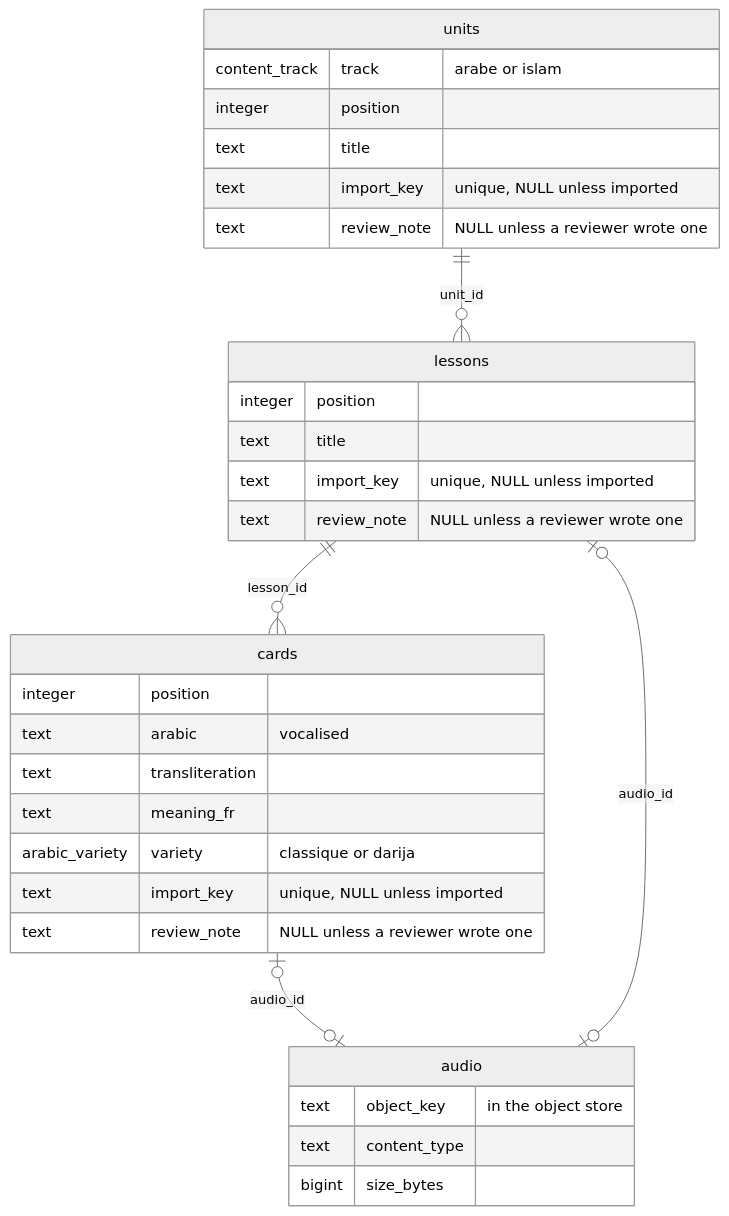
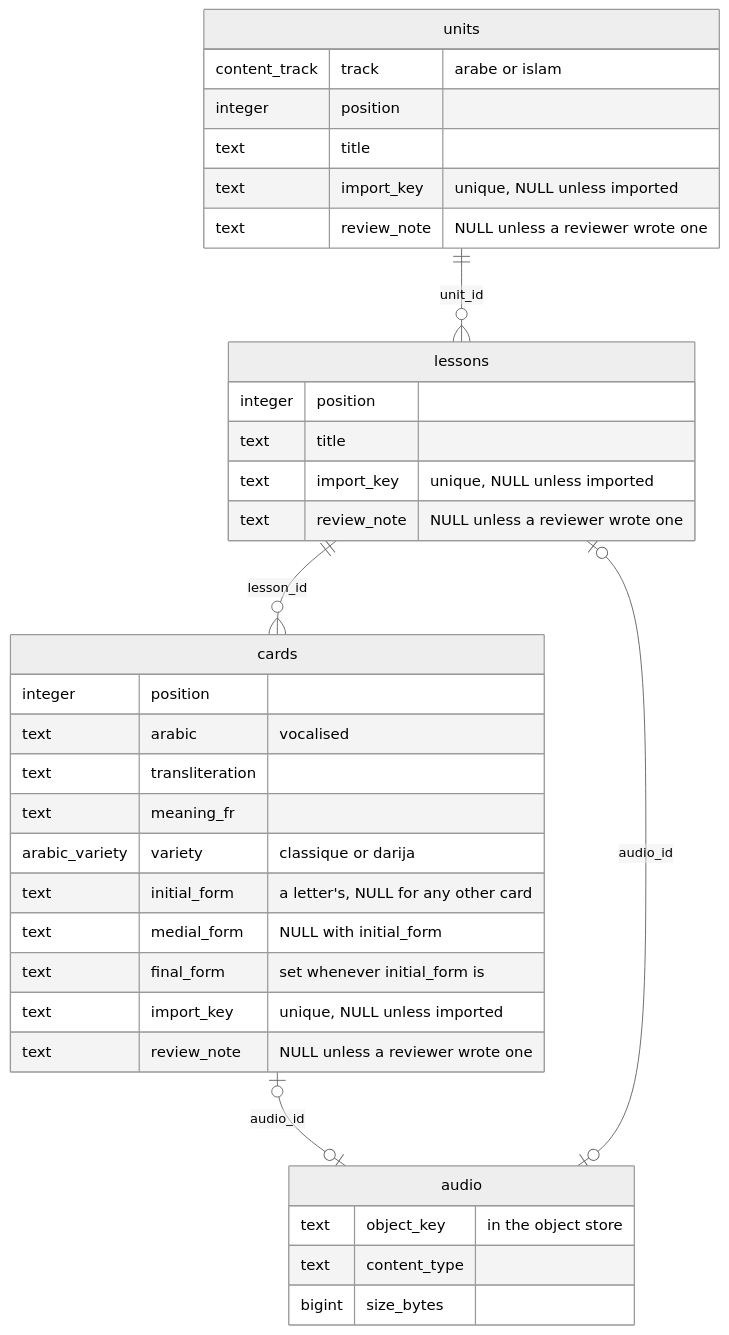
One commit to therealm-tech/convertisseur changed the second of 7 diagrams in ARCHITECTURE.md. Above: the diagram before and after it, drawn with Mermaid (neutral theme). The commit also changed other lines of this file and 31 other files, not shown here.

First line of the commit message:
add the initial, medial and final forms of the letters (#17)

````diff
--- a/ARCHITECTURE.md
+++ b/ARCHITECTURE.md
@@ -137,34 +138,37 @@
 ```mermaid
 erDiagram
     units ||--o{ lessons : "unit_id"
     lessons ||--o{ cards : "lesson_id"
     cards |o--o| audio : "audio_id"
     lessons |o--o| audio : "audio_id"
     units {
         content_track track "arabe or islam"
         integer position
         text title
         text import_key "unique, NULL unless imported"
         text review_note "NULL unless a reviewer wrote one"
     }
     lessons {
         integer position
         text title
         text import_key "unique, NULL unless imported"
         text review_note "NULL unless a reviewer wrote one"
     }
     cards {
         integer position
         text arabic "vocalised"
         text transliteration
         text meaning_fr
         arabic_variety variety "classique or darija"
+        text initial_form "a letter's, NULL for any other card"
+        text medial_form "NULL with initial_form"
+        text final_form "set whenever initial_form is"
         text import_key "unique, NULL unless imported"
         text review_note "NULL unless a reviewer wrote one"
     }
     audio {
         text object_key "in the object store"
         text content_type
         bigint size_bytes
     }
 ```
````
